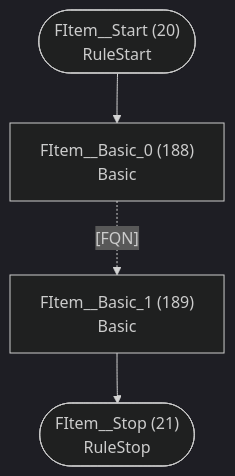
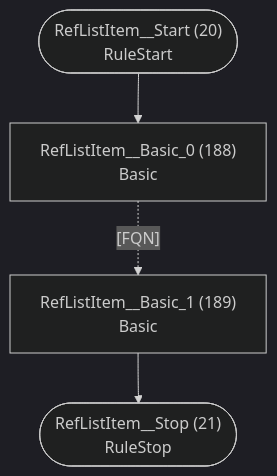
Before and after one commit to TypeFox/fastbelt: diagram 11 of 41 in internal/languages/completion/atn.md, drawn with Mermaid (dark theme). The commit also changed other lines of this file and 11 other files, not shown here.

````diff
--- a/internal/languages/completion/atn.md
+++ b/internal/languages/completion/atn.md
@@ -348,11 +348,11 @@
 ```mermaid
 flowchart TD
-    q20(["FItem__Start (20)<br/>RuleStart"])
-    q21(["FItem__Stop (21)<br/>RuleStop"])
-    q188["FItem__Basic_0 (188)<br/>Basic<br/>"]
-    q189["FItem__Basic_1 (189)<br/>Basic<br/>"]
+    q20(["RefListItem__Start (20)<br/>RuleStart"])
+    q21(["RefListItem__Stop (21)<br/>RuleStop"])
+    q188["RefListItem__Basic_0 (188)<br/>Basic<br/>"]
+    q189["RefListItem__Basic_1 (189)<br/>Basic<br/>"]
 
     q20 --> q188
     q188 -.->|"[FQN]"| q189
     q189 --> q21
 ```
````
